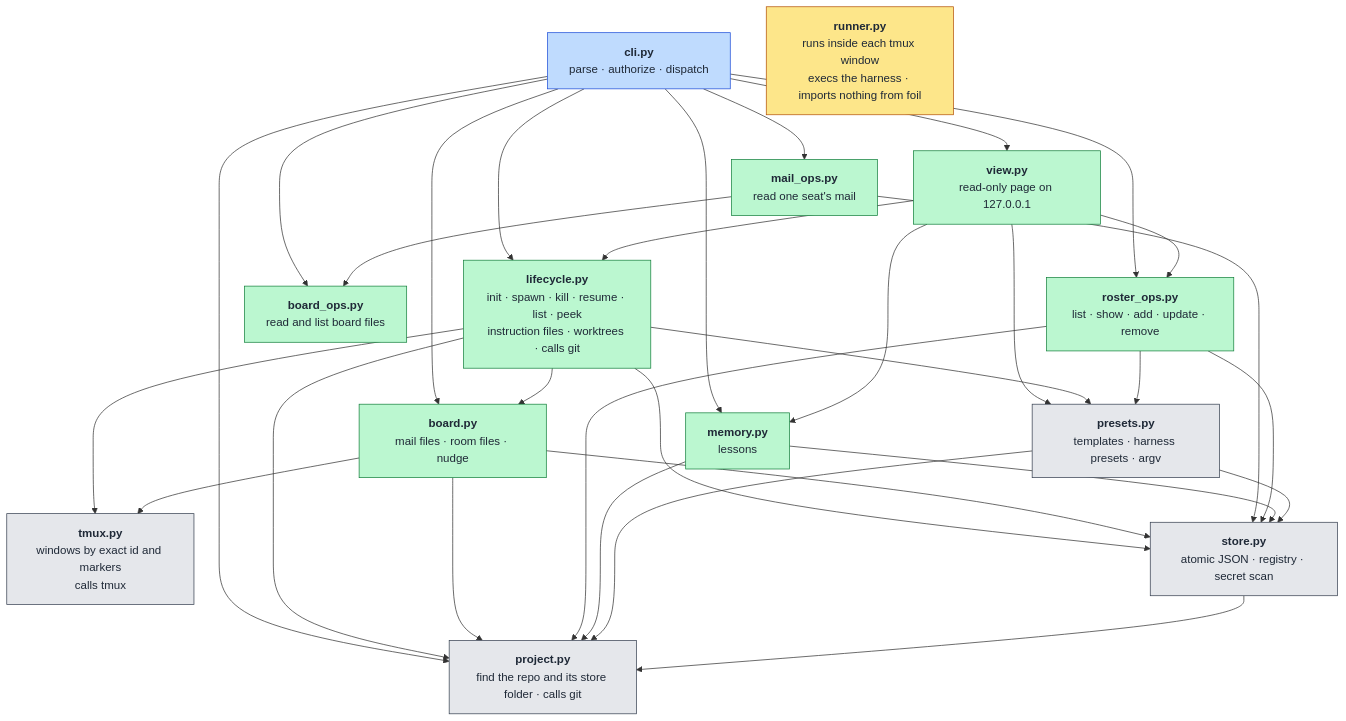
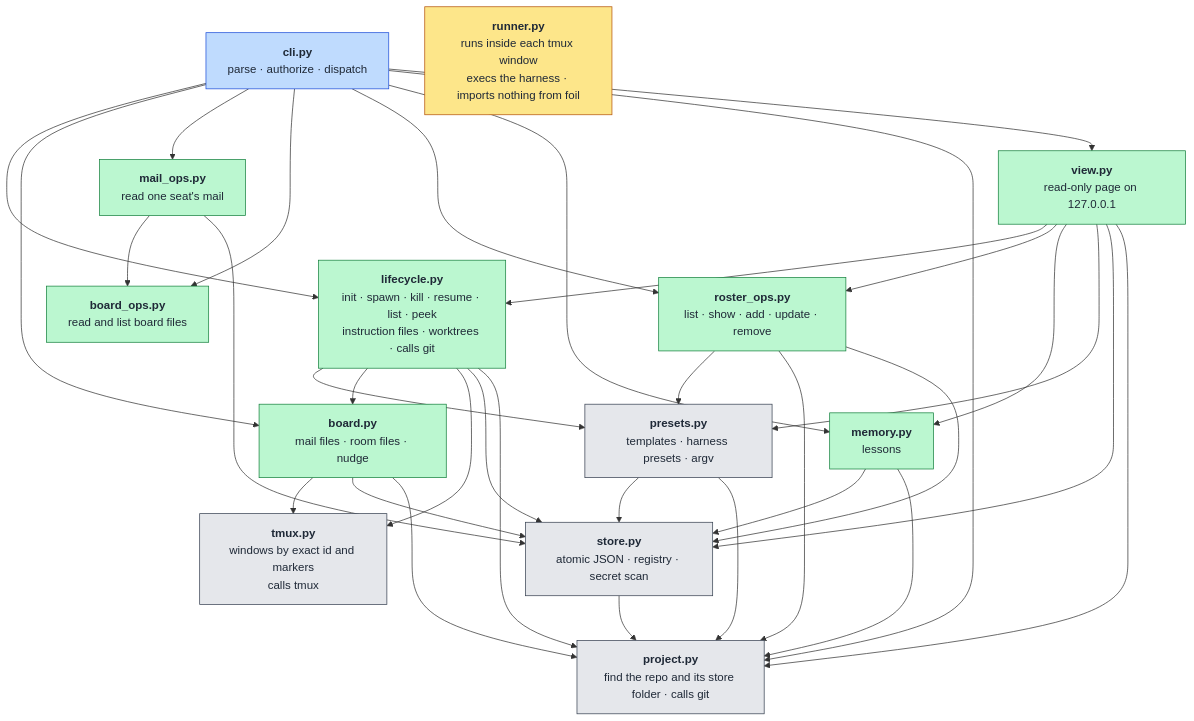
The first of 2 diagrams in docs/architecture.md (TiantianFlow/foil), drawn with Mermaid before and after one commit. The commit also changed 8 other files, not shown here.

````diff
--- a/docs/architecture.md
+++ b/docs/architecture.md
@@ -31,60 +31,62 @@
 ```mermaid
 flowchart TB
   cli["<b>cli.py</b><br/>parse · authorize · dispatch"]
 
   lifecycle["<b>lifecycle.py</b><br/>init · spawn · kill · resume · list · peek<br/>instruction files · worktrees · calls git"]
   board["<b>board.py</b><br/>mail files · room files · nudge"]
   mail_ops["<b>mail_ops.py</b><br/>read one seat's mail"]
   board_ops["<b>board_ops.py</b><br/>read and list board files"]
   roster_ops["<b>roster_ops.py</b><br/>list · show · add · update · remove"]
   memory["<b>memory.py</b><br/>lessons"]
   view["<b>view.py</b><br/>read-only page on 127.0.0.1"]
 
   presets["<b>presets.py</b><br/>templates · harness presets · argv"]
   tmuxmod["<b>tmux.py</b><br/>windows by exact id and markers<br/>calls tmux"]
   store["<b>store.py</b><br/>atomic JSON · registry · secret scan"]
 
   project["<b>project.py</b><br/>find the repo and its store folder · calls git"]
 
   runner["<b>runner.py</b><br/>runs inside each tmux window<br/>execs the harness · imports nothing from foil"]
 
   cli --> lifecycle
   cli --> board
   cli --> mail_ops
   cli --> board_ops
   cli --> roster_ops
   cli --> memory
   cli --> project
   cli --> view
   view --> lifecycle
   view --> roster_ops
   view --> memory
   view --> presets
+  view --> store
+  view --> project
   lifecycle --> presets
   lifecycle --> board
   lifecycle --> tmuxmod
   lifecycle --> store
   lifecycle --> project
   board --> tmuxmod
   board --> store
   board --> project
   mail_ops --> board_ops
   mail_ops --> store
   roster_ops --> presets
   roster_ops --> project
   roster_ops --> store
   memory --> store
   memory --> project
   presets --> store
   presets --> project
   store --> project
 
   classDef entry fill:#bfdbfe,stroke:#1d4ed8,color:#1f2937
   classDef core fill:#bbf7d0,stroke:#15803d,color:#1f2937
   classDef base fill:#e5e7eb,stroke:#374151,color:#1f2937
   classDef apart fill:#fde68a,stroke:#b45309,color:#1f2937
   class cli entry
   class lifecycle,board,mail_ops,board_ops,roster_ops,memory,view core
   class presets,tmuxmod,store,project base
   class runner apart
 ```
````
